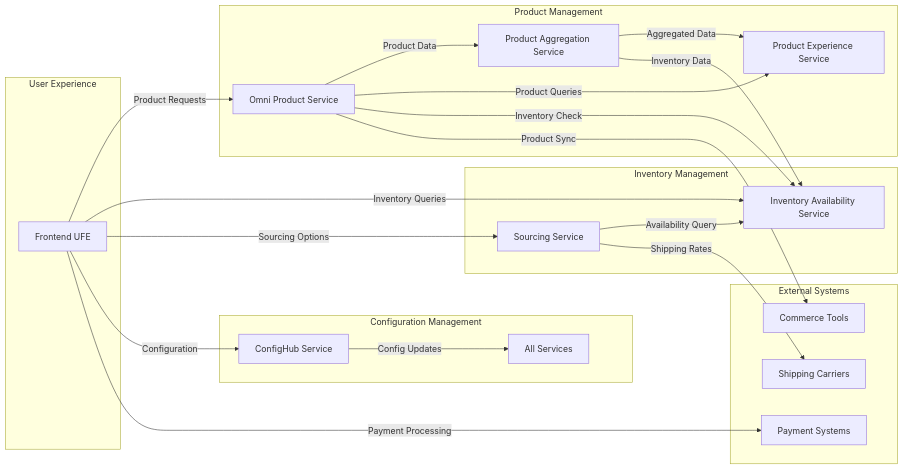
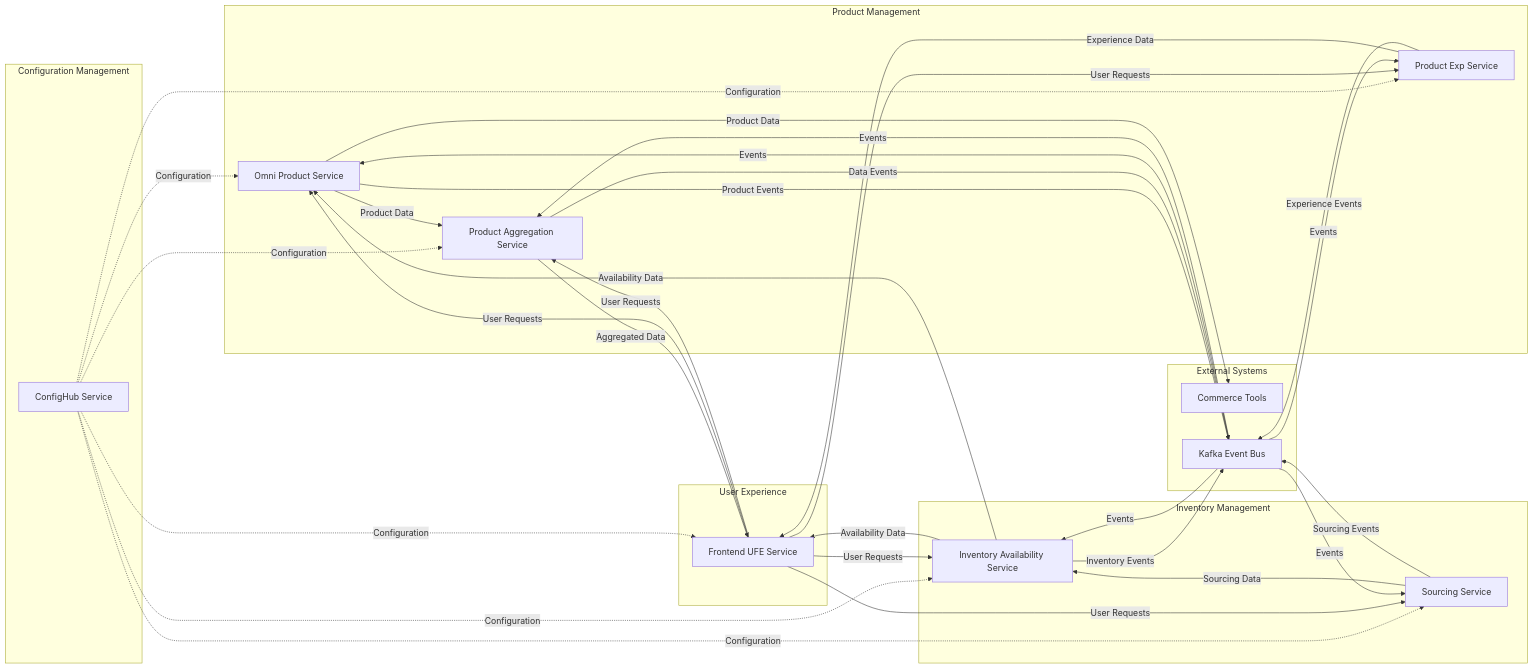
One commit to aahmadseph/SST-Phase-2 changed the second of 9 diagrams in generated-docs/overall-architecture.md. Above: the diagram before and after it, drawn with Mermaid. The commit also changed other lines of this file and 13 other files, not shown here.

````diff
--- a/generated-docs/overall-architecture.md
+++ b/generated-docs/overall-architecture.md
@@ -664,45 +183,62 @@
 ```mermaid
 graph LR
     subgraph "Configuration Management"
-        CHS[ConfigHub Service]
-        CHS -->|Config Updates| ALL[All Services]
+        CH[ConfigHub Service]
     end
     
     subgraph "Product Management"
         OPS[Omni Product Service]
         PAS[Product Aggregation Service]
-        PES[Product Experience Service]
-        
-        OPS -->|Product Data| PAS
-        OPS -->|Product Queries| PES
-        PAS -->|Aggregated Data| PES
+        PES[Product Exp Service]
     end
     
     subgraph "Inventory Management"
         IAS[Inventory Availability Service]
         SS[Sourcing Service]
-        
-        OPS -->|Inventory Check| IAS
-        PAS -->|Inventory Data| IAS
-        SS -->|Availability Query| IAS
     end
     
     subgraph "User Experience"
-        UFE[Frontend UFE]
-        
-        UFE -->|Product Requests| OPS
-        UFE -->|Inventory Queries| IAS
-        UFE -->|Sourcing Options| SS
-        UFE -->|Configuration| CHS
+        UFE[Frontend UFE Service]
     end
     
     subgraph "External Systems"
         COMMERCE[Commerce Tools]
-        PAYMENT[Payment Systems]
-        SHIPPING[Shipping Carriers]
-        
-        OPS -->|Product Sync| COMMERCE
-        SS -->|Shipping Rates| SHIPPING
-        UFE -->|Payment Processing| PAYMENT
+        KAFKA[Kafka Event Bus]
     end
+    
+    CH -.->|Configuration| OPS
+    CH -.->|Configuration| PAS
+    CH -.->|Configuration| IAS
+    CH -.->|Configuration| PES
+    CH -.->|Configuration| SS
+    CH -.->|Configuration| UFE
+    
+    OPS -->|Product Data| PAS
+    OPS -->|Product Events| KAFKA
+    OPS -->|Product Data| COMMERCE
+    
+    PAS -->|Aggregated Data| UFE
+    PAS -->|Data Events| KAFKA
+    
+    IAS -->|Availability Data| OPS
+    IAS -->|Availability Data| UFE
+    IAS -->|Inventory Events| KAFKA
+    
+    SS -->|Sourcing Data| IAS
+    SS -->|Sourcing Events| KAFKA
+    
+    PES -->|Experience Data| UFE
+    PES -->|Experience Events| KAFKA
+    
+    UFE -->|User Requests| OPS
+    UFE -->|User Requests| PAS
+    UFE -->|User Requests| IAS
+    UFE -->|User Requests| PES
+    UFE -->|User Requests| SS
+    
+    KAFKA -->|Events| OPS
+    KAFKA -->|Events| PAS
+    KAFKA -->|Events| IAS
+    KAFKA -->|Events| PES
+    KAFKA -->|Events| SS
 ```
````
